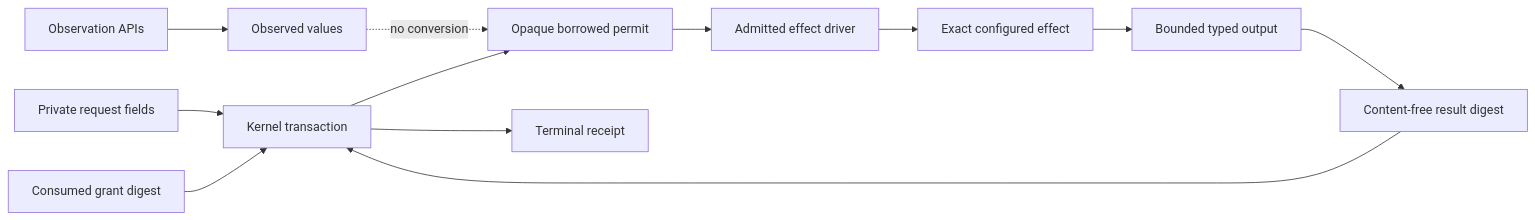
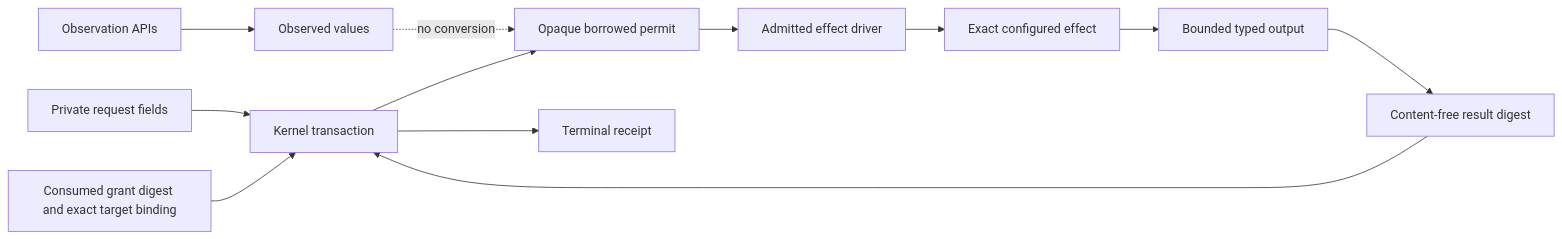
Before and after one commit to AaronNHorvitz/AgentMage: the second of 2 diagrams in docs/architecture/effect-mediation.md, drawn with Mermaid. The commit also changed other lines of this file and 27 other files, not shown here.

````diff
--- a/docs/architecture/effect-mediation.md
+++ b/docs/architecture/effect-mediation.md
@@ -52,15 +58,15 @@
 ```mermaid
 flowchart LR
     R["Private request fields"] --> K["Kernel transaction"]
-    G["Consumed grant digest"] --> K
+    G["Consumed grant digest and exact target binding"] --> K
     K --> P["Opaque borrowed permit"]
     P --> D["Admitted effect driver"]
     D --> E["Exact configured effect"]
     E --> B["Bounded typed output"]
     B --> H["Content-free result digest"]
     H --> K
     K --> T["Terminal receipt"]
 
     O["Observation APIs"] --> V["Observed values"]
     V -. "no conversion" .-> P
 ```
````
